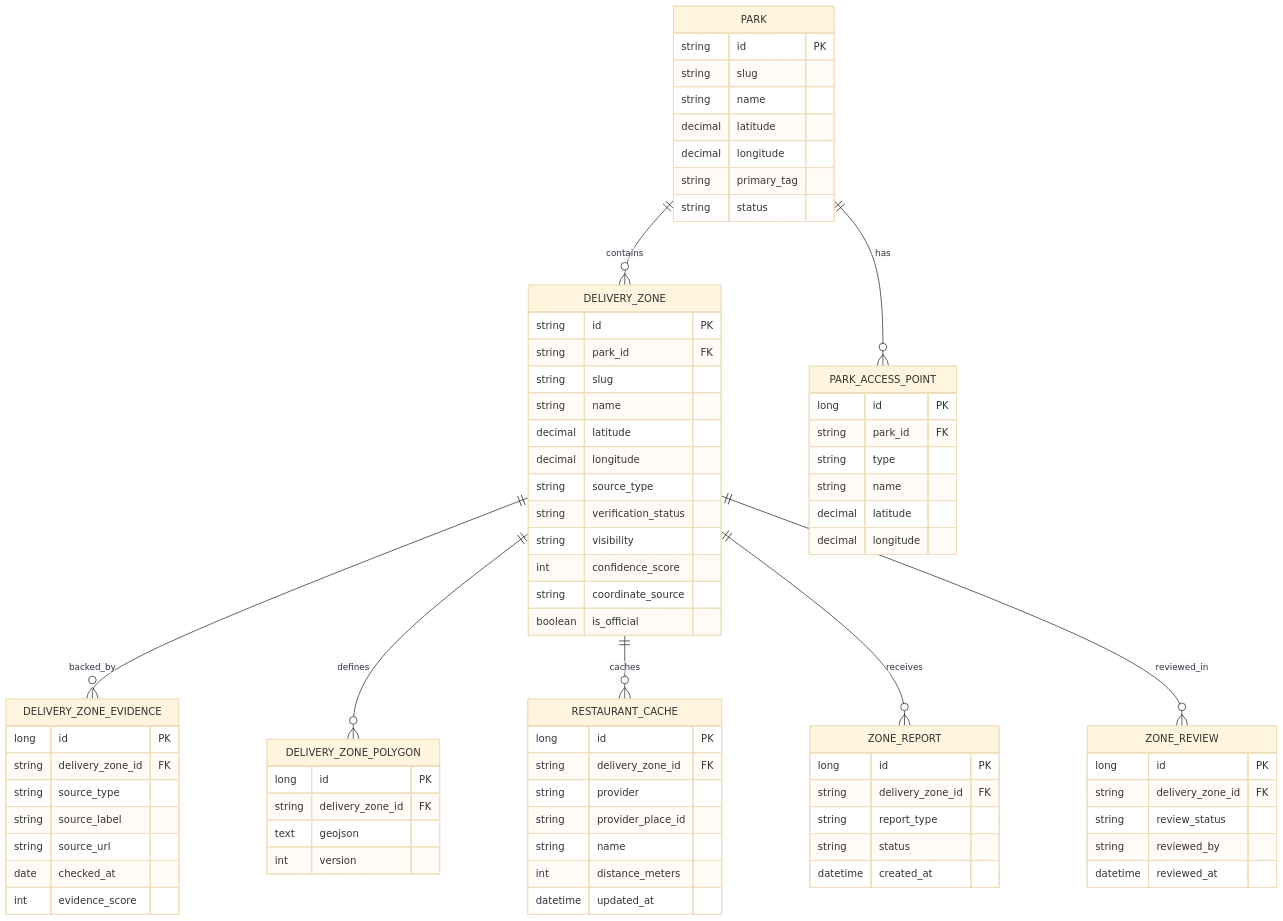
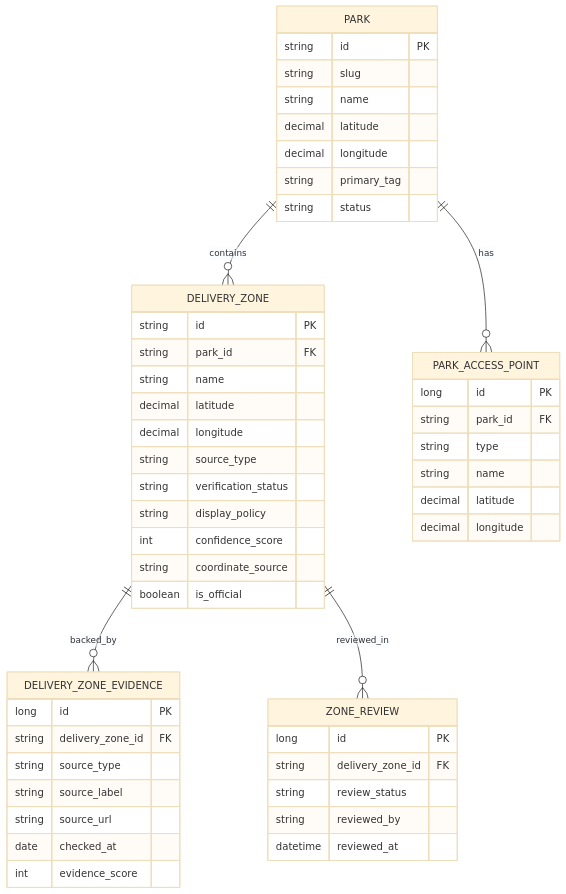
One commit to jihosong-sjh/hangang-zip changed the first of 2 diagrams in docs/02-architecture/03-domain-model-and-erd.md. Above: the diagram before and after it, drawn with Mermaid (base theme). The commit also changed other lines of this file and 2 other files, not shown here.

```diff
--- a/docs/02-architecture/03-domain-model-and-erd.md
+++ b/docs/02-architecture/03-domain-model-and-erd.md
@@ -139,9 +182,6 @@
     PARK ||--o{ DELIVERY_ZONE : contains
     PARK ||--o{ PARK_ACCESS_POINT : has
     DELIVERY_ZONE ||--o{ DELIVERY_ZONE_EVIDENCE : backed_by
-    DELIVERY_ZONE ||--o{ DELIVERY_ZONE_POLYGON : defines
-    DELIVERY_ZONE ||--o{ RESTAURANT_CACHE : caches
-    DELIVERY_ZONE ||--o{ ZONE_REPORT : receives
     DELIVERY_ZONE ||--o{ ZONE_REVIEW : reviewed_in
 
     PARK {
@@ -157,13 +197,12 @@
     DELIVERY_ZONE {
         string id PK
         string park_id FK
-        string slug
         string name
         decimal latitude
         decimal longitude
         string source_type
         string verification_status
-        string visibility
+        string display_policy
         int confidence_score
         string coordinate_source
         boolean is_official
@@ -179,13 +218,6 @@
         int evidence_score
     }
 
-    DELIVERY_ZONE_POLYGON {
-        long id PK
-        string delivery_zone_id FK
-        text geojson
-        int version
-    }
-
     PARK_ACCESS_POINT {
         long id PK
         string park_id FK
@@ -193,24 +225,6 @@
         string name
         decimal latitude
         decimal longitude
-    }
-
-    RESTAURANT_CACHE {
-        long id PK
-        string delivery_zone_id FK
-        string provider
-        string provider_place_id
-        string name
-        int distance_meters
-        datetime updated_at
-    }
-
-    ZONE_REPORT {
-        long id PK
-        string delivery_zone_id FK
-        string report_type
-        string status
-        datetime created_at
     }
 
     ZONE_REVIEW {
```
